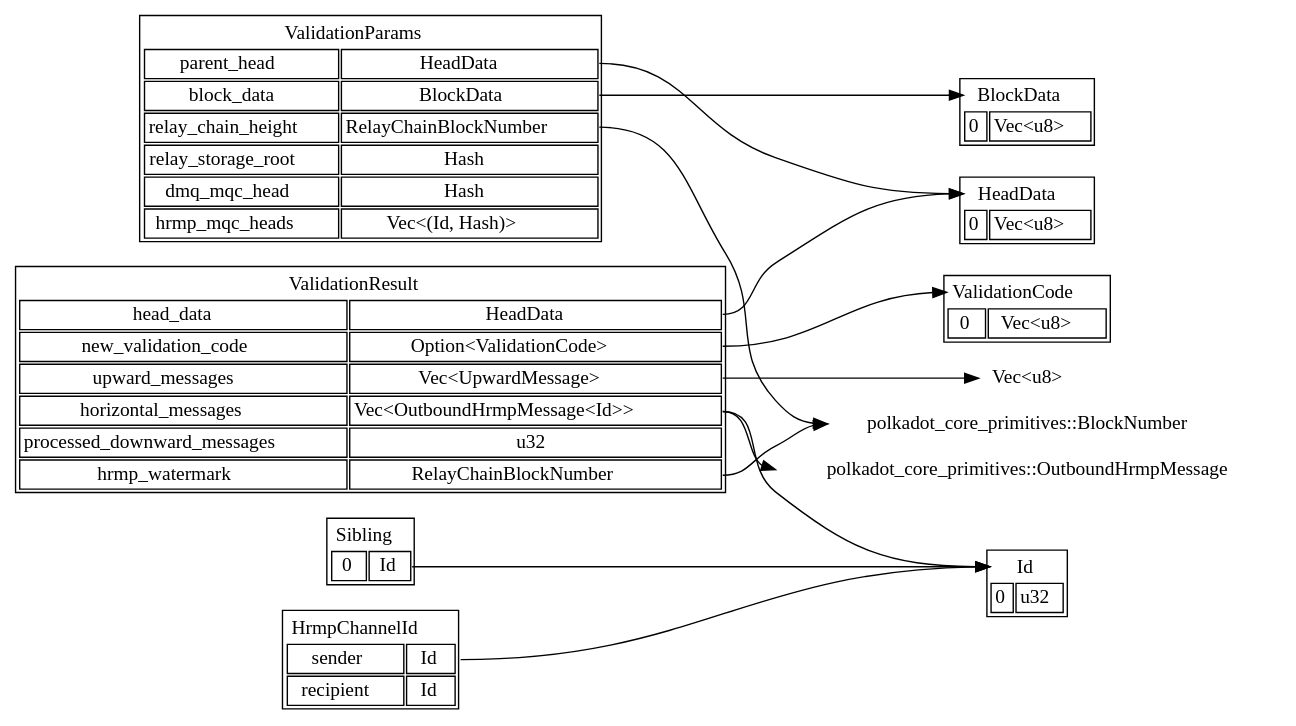
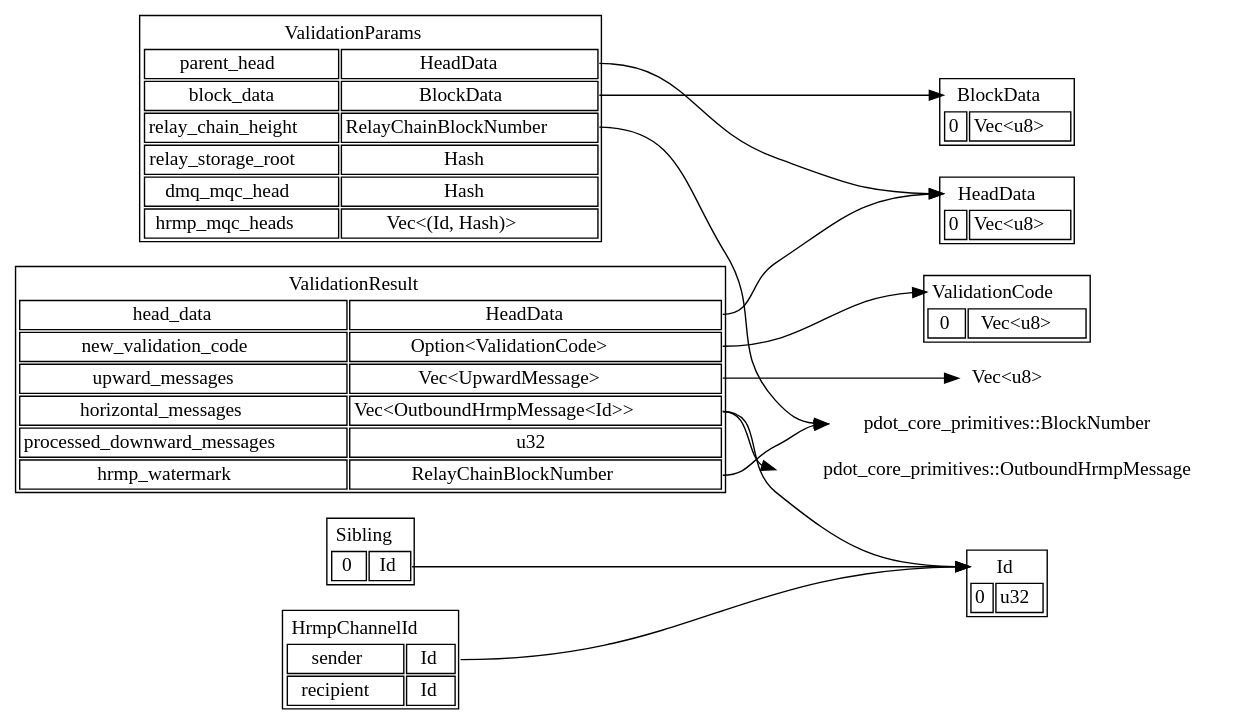
Before and after one commit to paritytech/polkadot: the second of 2 diagrams in roadmap/implementers-guide/src/types/README.md, drawn with Graphviz. The commit also changed other lines of this file and 126 other files, not shown here.

First line of the commit message:
Apply rename rules: polkadot-* -> pdot-* && *-runtime -> runtime-*

````diff
--- a/roadmap/implementers-guide/src/types/README.md
+++ b/roadmap/implementers-guide/src/types/README.md
@@ -412,7 +412,7 @@
     ValidationParams:block_data -> BlockData:name
     ValidationParams:relay_chain_height -> RelayChainBlockNumber:w
 
-    RelayChainBlockNumber [label = "polkadot_core_primitives::BlockNumber"]
+    RelayChainBlockNumber [label = "pdot_core_primitives::BlockNumber"]
 
     ValidationResult [label = <
         <table>
@@ -434,6 +434,6 @@
     ValidationResult:hrmp_watermark -> RelayChainBlockNumber:w
 
     UpwardMessage [label = "Vec<u8>"]
-    OutboundHrmpMessage [label = "polkadot_core_primitives::OutboundHrmpMessage"]
+    OutboundHrmpMessage [label = "pdot_core_primitives::OutboundHrmpMessage"]
 }
 ```
````
